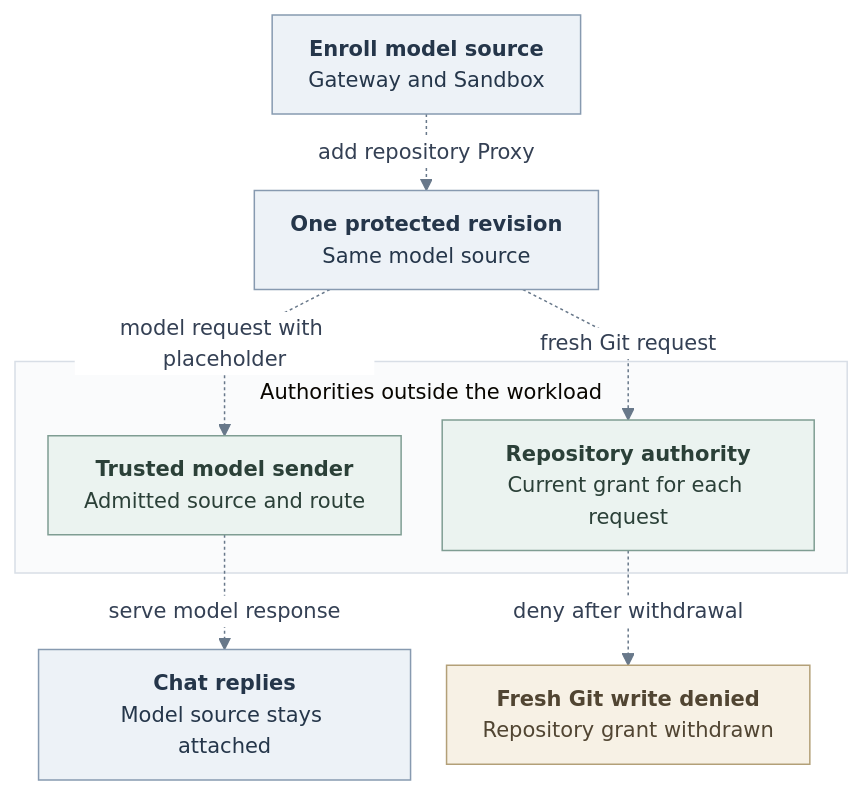
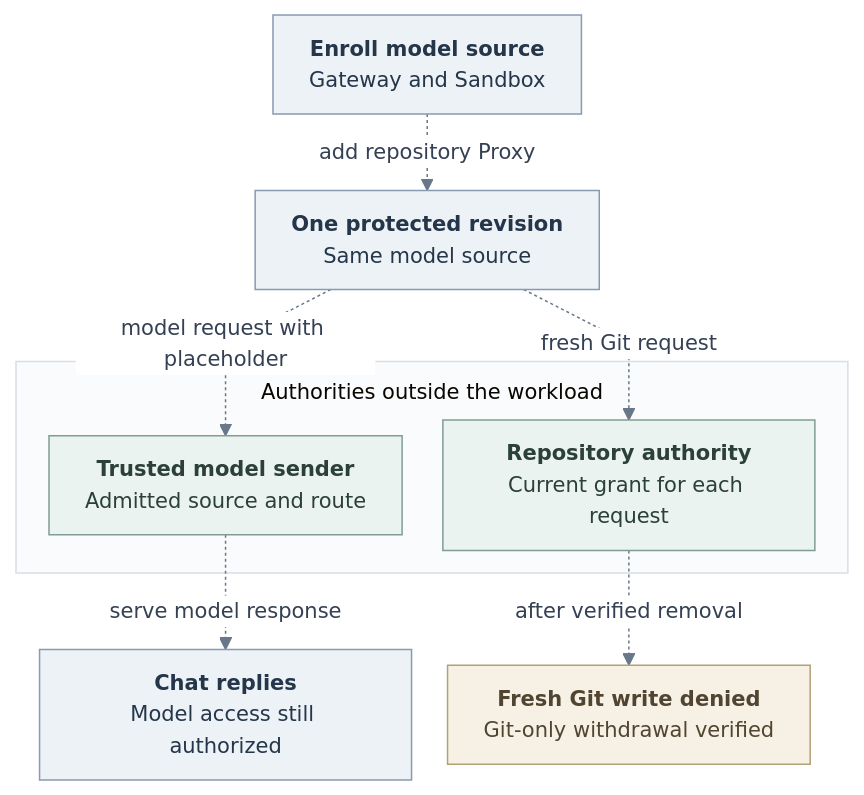
The diagram in specs/rfcs/0016-sandbox-credential-injection/packaged-credential-gateway.md (openclaw/openclaw-enterprise), drawn with Mermaid before and after one commit. The commit also changed other lines of this file and 3 other files, not shown here.

````diff
--- a/specs/rfcs/0016-sandbox-credential-injection/packaged-credential-gateway.md
+++ b/specs/rfcs/0016-sandbox-credential-injection/packaged-credential-gateway.md
@@ -62,46 +67,46 @@
 ```mermaid
 ---
 config:
   theme: base
   htmlLabels: true
   themeVariables:
     fontSize: 14px
     primaryTextColor: "#344054"
     lineColor: "#68788A"
     edgeLabelBackground: "#FFFFFF"
     clusterBkg: "#FAFBFC"
     clusterBorder: "#D8DEE6"
   flowchart:
     curve: linear
     nodeSpacing: 24
     rankSpacing: 30
     padding: 12
     diagramPadding: 10
     subGraphTitleMargin:
       top: 10
       bottom: 14
 ---
 flowchart TB
   Enroll["<b>Enroll model source</b><br/>Gateway and Sandbox"]
   Revision["<b>One protected revision</b><br/>Same model source"]
   subgraph Trusted["Authorities outside the workload"]
     Model["<b>Trusted model sender</b><br/>Admitted source and route"]
     Git["<b>Repository authority</b><br/>Current grant for each request"]
   end
-  Chat["<b>Chat replies</b><br/>Model source stays attached"]
-  Denied["<b>Fresh Git write denied</b><br/>Repository grant withdrawn"]
+  Chat["<b>Chat replies</b><br/>Model access still authorized"]
+  Denied["<b>Fresh Git write denied</b><br/>Git-only withdrawal verified"]
 
   Enroll -.->|add repository Proxy| Revision
   Revision -.->|model request with placeholder| Model
   Revision -.->|fresh Git request| Git
   Model -.->|serve model response| Chat
-  Git -.->|deny after withdrawal| Denied
+  Git -.->|after verified removal| Denied
 
   classDef state fill:#EDF2F7,stroke:#879AB0,color:#25364A,stroke-width:1px
   classDef authority fill:#EBF3F0,stroke:#7F9D93,color:#2B4038,stroke-width:1px
   classDef refusal fill:#F7F1E5,stroke:#B3A078,color:#514532,stroke-width:1px
   class Enroll,Revision,Chat state
   class Model,Git authority
   class Denied refusal
   linkStyle default stroke:#68788A,stroke-width:1px
 ```
````
